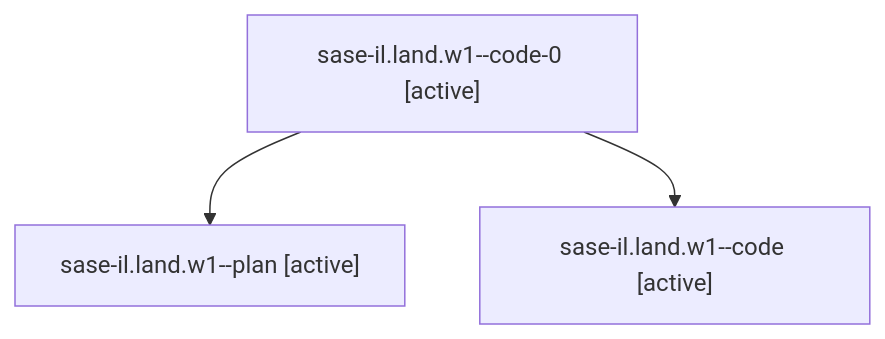
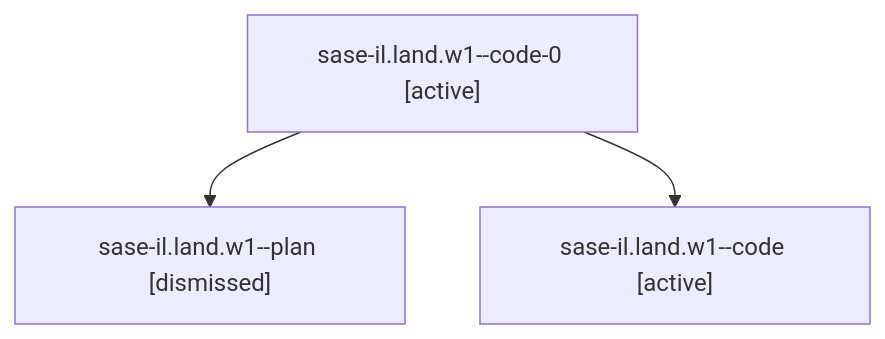
Before and after one commit to sase-org/sase--agents: the diagram in sessions/bbugyi200.athena.sase-il.land.w1.md, drawn with Mermaid. The commit also changed other lines of this file and 73 other files, not shown here.

````diff
--- a/sessions/bbugyi200.athena.sase-il.land.w1.md
+++ b/sessions/bbugyi200.athena.sase-il.land.w1.md
@@ -9,8 +9,8 @@
 ```mermaid
 flowchart TD
   n0["sase-il.land.w1--code-0 [active]"]
-  n1["sase-il.land.w1--plan [active]"]
+  n1["sase-il.land.w1--plan [dismissed]"]
   n0 --> n1
   n2["sase-il.land.w1--code [active]"]
   n0 --> n2
 ```
````
